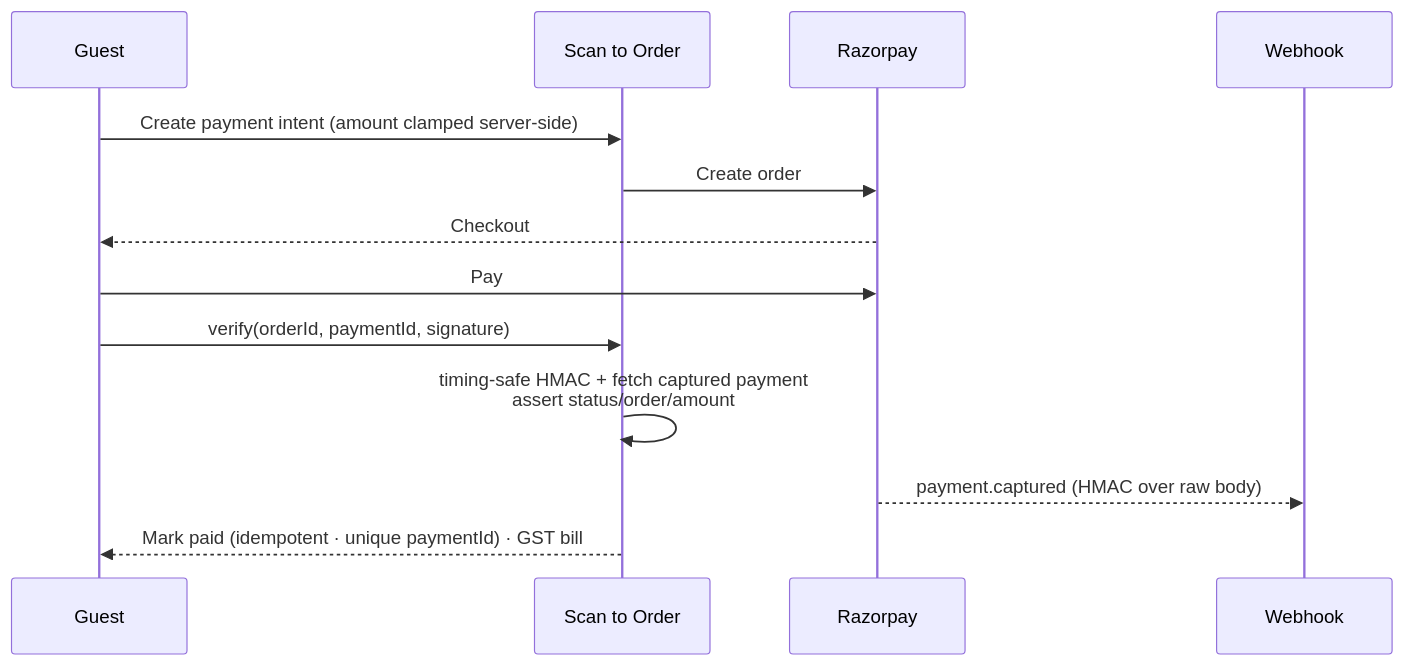
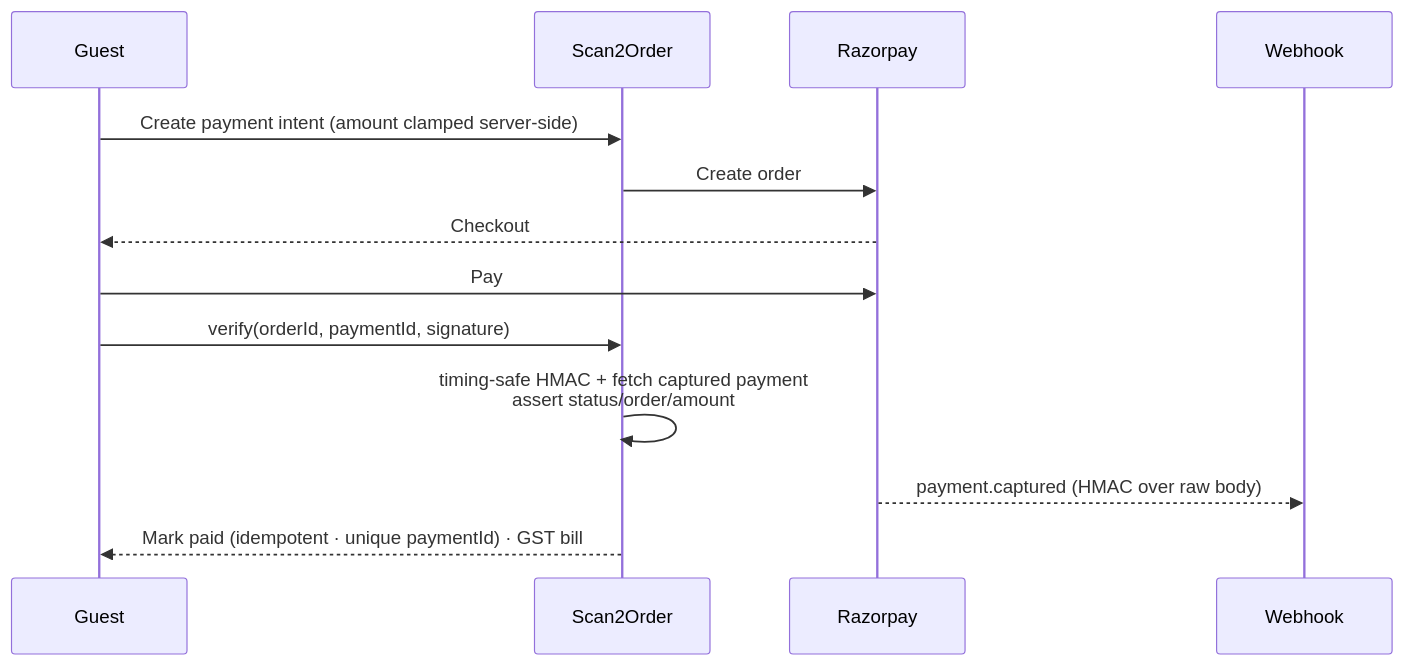
Before and after one commit to MadhuS-1605/scan2order: the fourth of 7 diagrams in README.md, drawn with Mermaid. The commit also changed other lines of this file and 39 other files, not shown here.

````diff
--- a/README.md
+++ b/README.md
@@ -148,15 +148,15 @@
 ```mermaid
 sequenceDiagram
     participant G as Guest
-    participant App as Scan to Order
+    participant App as Scan2Order
     participant RZP as Razorpay
     participant WH as Webhook
     G->>App: Create payment intent (amount clamped server-side)
     App->>RZP: Create order
     RZP-->>G: Checkout
     G->>RZP: Pay
     G->>App: verify(orderId, paymentId, signature)
     App->>App: timing-safe HMAC + fetch captured payment<br/>assert status/order/amount
     RZP-->>WH: payment.captured (HMAC over raw body)
     App-->>G: Mark paid (idempotent · unique paymentId) · GST bill
 ```
````
